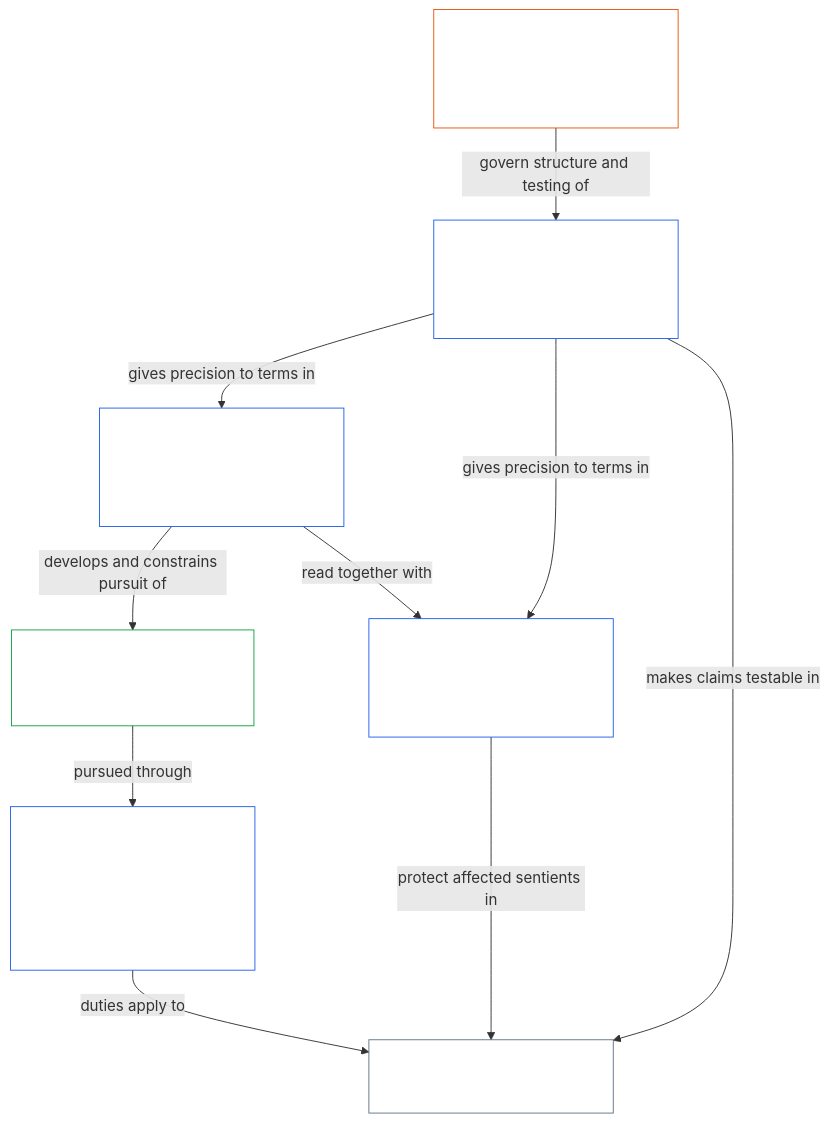
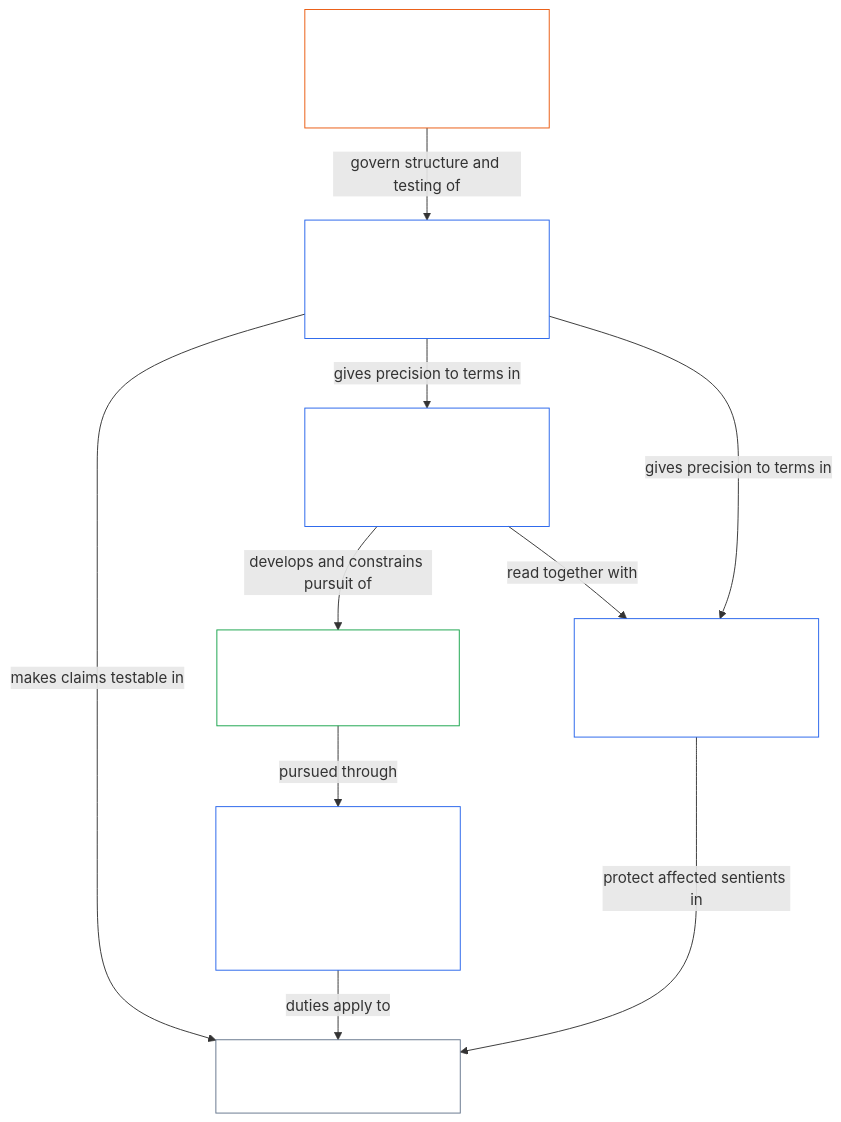
One commit to kfoelsch/Sentient_Constitution changed the third of 3 diagrams in core_01_b_interaction_interpretation.md. Above: the diagram before and after it, drawn with Mermaid. The commit also changed other lines of this file and 44 other files, not shown here.

````diff
--- a/core_01_b_interaction_interpretation.md
+++ b/core_01_b_interaction_interpretation.md
@@ -927,26 +927,26 @@
 ```mermaid
 flowchart TB
     A["Two aims<br/><br/>Flourishing and Continuity"]
     T["Constitutional Tetrad<br/><br/>Participation · Oversight<br/>Accountability · Timeliness<br/>Scaled to material stake"]
     P["Chapter One: principles<br/><br/>Values, constraints and interpretation"]
     R["Chapter Six: rights articles<br/><br/>Protections that must remain usable"]
     D["Chapter Five: definitions<br/><br/>Shared constitutional meanings"]
     V["Chapters Two–Four<br/><br/>Definition structure, integrity and verification"]
     X["Application to a real system or decision"]
-    A -->|pursued through| T
+    D -->|makes claims testable in| X
+    V -->|govern structure and testing of| D
+    D -->|gives precision to terms in| P
+    D -->|gives precision to terms in| R
     P -->|develops and constrains pursuit of| A
     P -->|read together with| R
-    D -->|gives precision to terms in| P
-    D -->|gives precision to terms in| R
-    V -->|govern structure and testing of| D
+    A -->|pursued through| T
     T -->|duties apply to| X
     R -->|protect affected sentients in| X
-    D -->|makes claims testable in| X
     style A fill:none,stroke:#16a34a,color:#ffffff
     style T fill:none,stroke:#2563eb,color:#ffffff
     style P fill:none,stroke:#2563eb,color:#ffffff
     style R fill:none,stroke:#2563eb,color:#ffffff
     style D fill:none,stroke:#2563eb,color:#ffffff
     style V fill:none,stroke:#ea580c,color:#ffffff
     style X fill:none,stroke:#64748b,color:#ffffff
 ```
````
